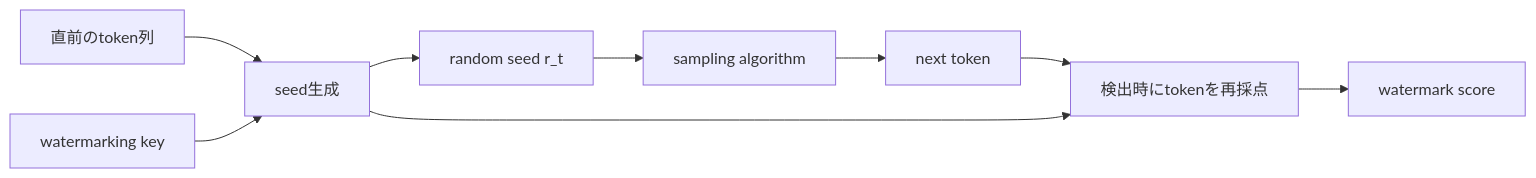
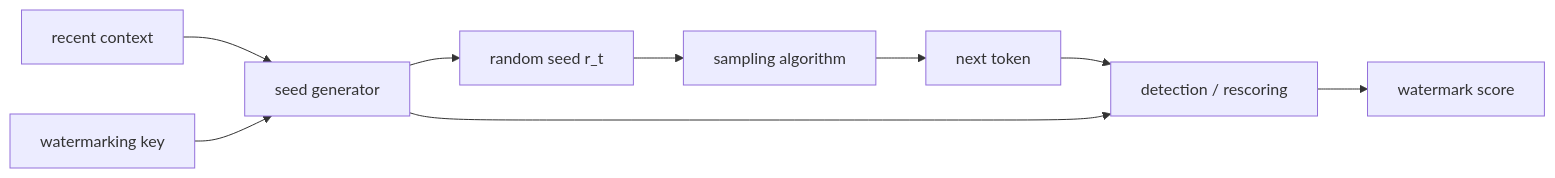
One commit to KAFKA2306/articles changed the first of 6 diagrams in articles/claude-watermark-secret-key-detection.md. Above: the diagram before and after it, drawn with Mermaid. The commit also changed other lines of this file, not shown here.

````diff
--- a/articles/claude-watermark-secret-key-detection.md
+++ b/articles/claude-watermark-secret-key-detection.md
@@ -73,12 +109,12 @@
 ```mermaid
 flowchart LR
-    A[直前のtoken列] --> C[seed生成]
+    A[recent context] --> C[seed generator]
     B[watermarking key] --> C
     C --> D[random seed r_t]
     D --> E[sampling algorithm]
     E --> F[next token]
 
-    F --> G[検出時にtokenを再採点]
+    F --> G[detection / rescoring]
     C --> G
     G --> H[watermark score]
 ```
````
